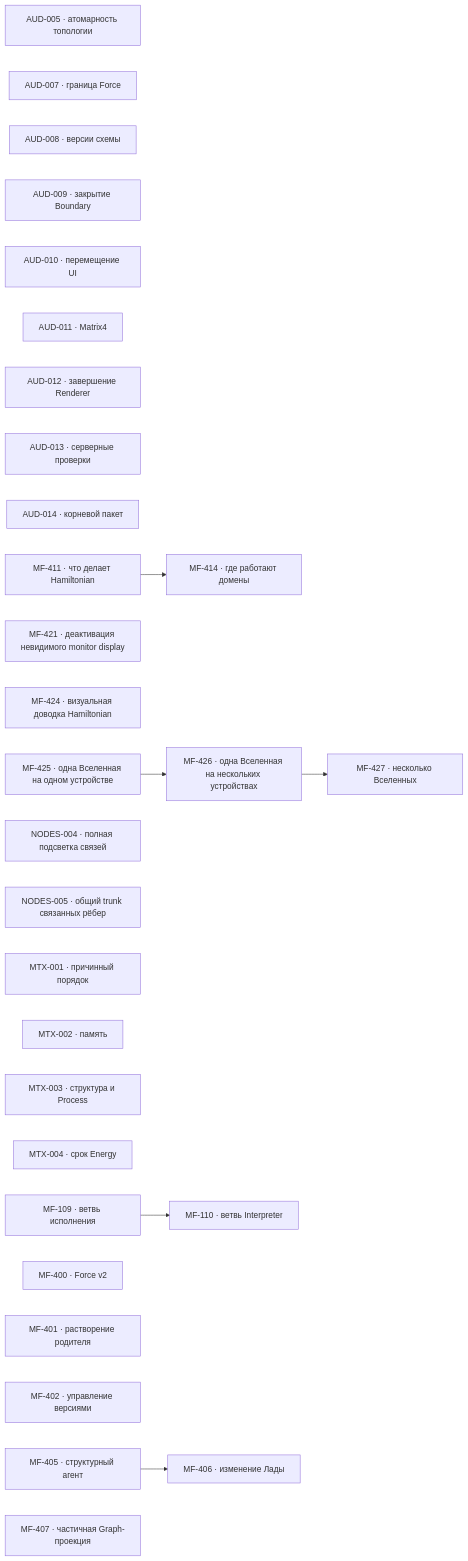
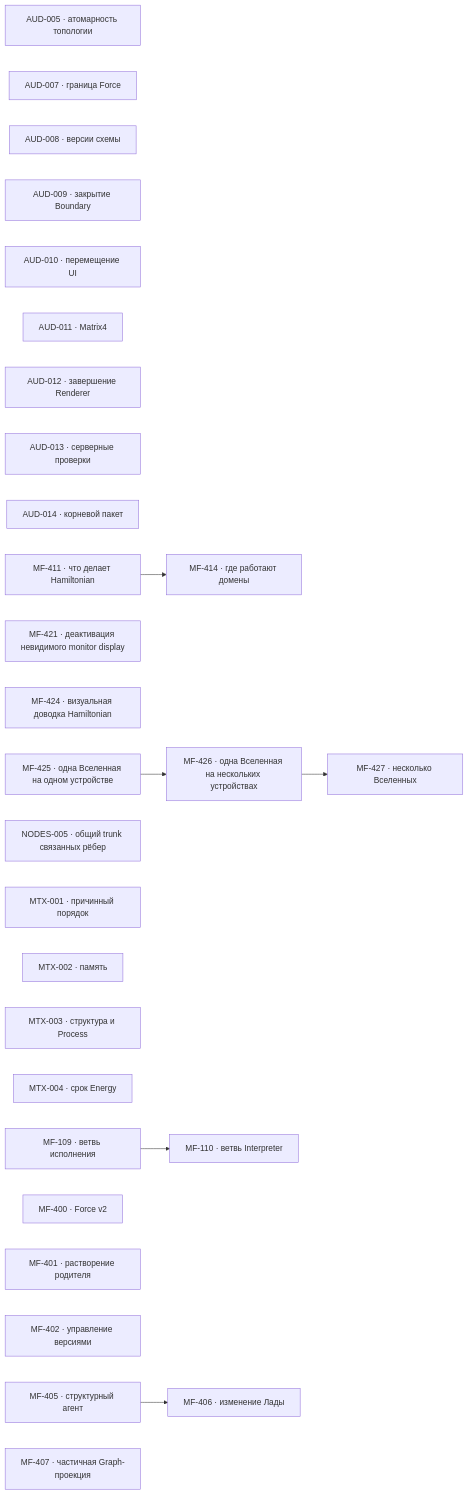
The diagram in project/TODO.md (zavx0z/metafor), drawn with Mermaid before and after one commit. The commit also changed other lines of this file and 5 other files, not shown here.

````diff
--- a/project/TODO.md
+++ b/project/TODO.md
@@ -13,38 +13,37 @@
 ```mermaid
 flowchart LR
     AUD005["AUD-005 · атомарность топологии"]
     AUD007["AUD-007 · граница Force"]
     AUD008["AUD-008 · версии схемы"]
     AUD009["AUD-009 · закрытие Boundary"]
     AUD010["AUD-010 · перемещение UI"]
     AUD011["AUD-011 · Matrix4"]
     AUD012["AUD-012 · завершение Renderer"]
     AUD013["AUD-013 · серверные проверки"]
     AUD014["AUD-014 · корневой пакет"]
     MF411["MF-411 · что делает Hamiltonian"]
     MF414["MF-414 · где работают домены"]
     MF421["MF-421 · деактивация невидимого monitor display"]
     MF424["MF-424 · визуальная доводка Hamiltonian"]
     MF425["MF-425 · одна Вселенная на одном устройстве"]
     MF426["MF-426 · одна Вселенная на нескольких устройствах"]
     MF427["MF-427 · несколько Вселенных"]
-    NODES004["NODES-004 · полная подсветка связей"]
     NODES005["NODES-005 · общий trunk связанных рёбер"]
     MTX001["MTX-001 · причинный порядок"]
     MTX002["MTX-002 · память"]
     MTX003["MTX-003 · структура и Process"]
     MTX004["MTX-004 · срок Energy"]
     MF109["MF-109 · ветвь исполнения"]
     MF110["MF-110 · ветвь Interpreter"]
     MF400["MF-400 · Force v2"]
     MF401["MF-401 · растворение родителя"]
     MF402["MF-402 · управление версиями"]
     MF405["MF-405 · структурный агент"]
     MF406["MF-406 · изменение Лады"]
     MF407["MF-407 · частичная Graph-проекция"]
     MF109 --> MF110
     MF405 --> MF406
     MF411 --> MF414
     MF425 --> MF426
     MF426 --> MF427
 ```
````
